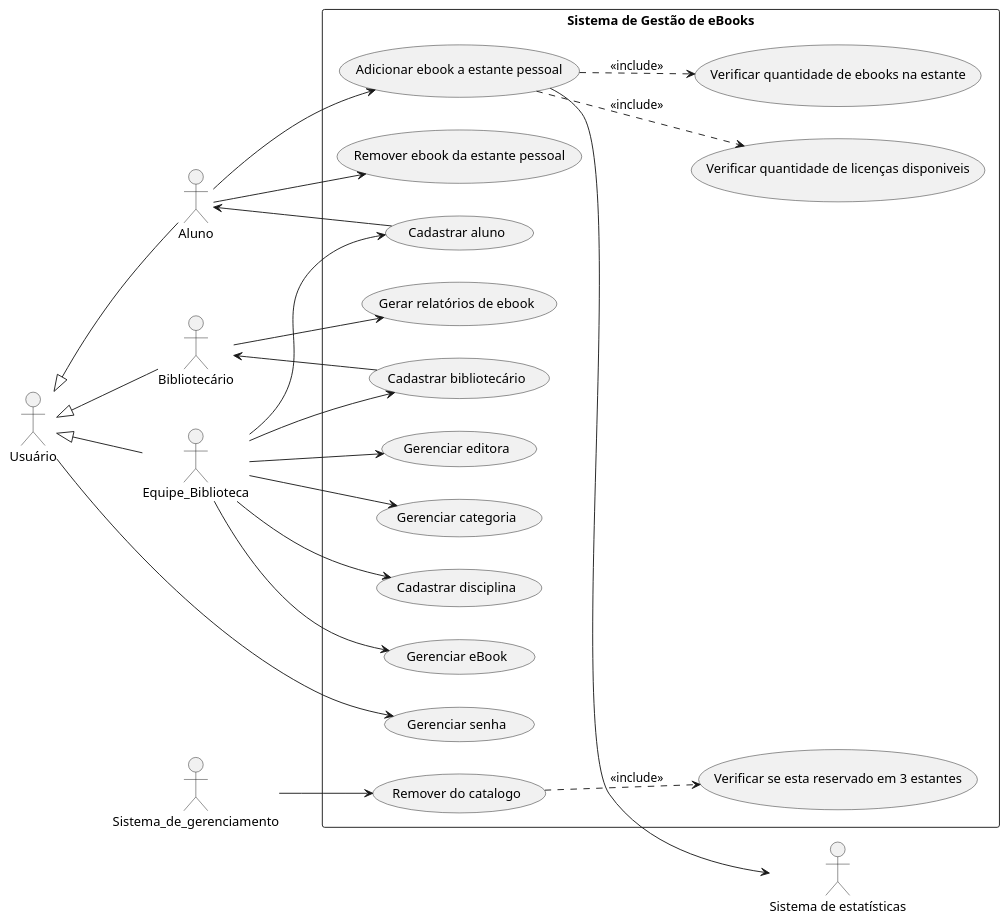
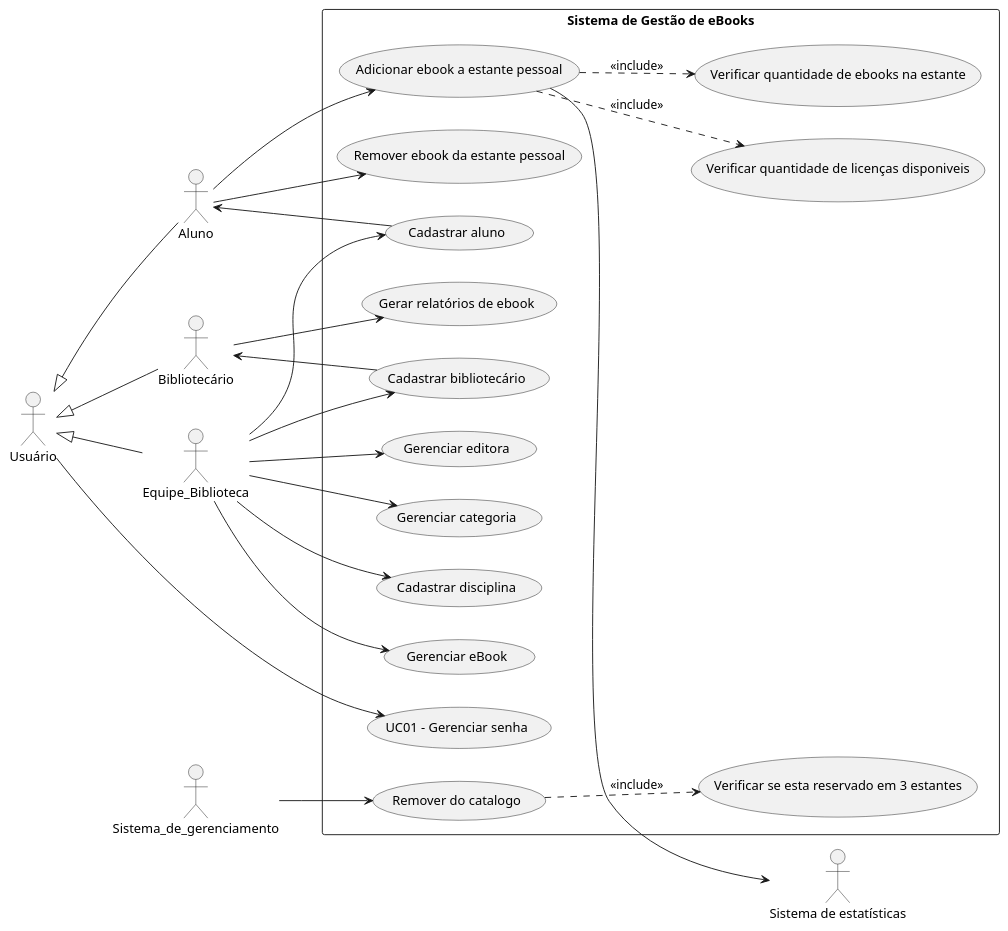
One commit to brunokilo/lab01-ebooks-biblioteca changed the diagram in docs/diagramas/casos-de-uso.puml. Above: the diagram before and after it, drawn with PlantUML.

Commit message:
diagramas: remoção da relação UC13 e UC14  com aluno e bibliotecario respectivamente

```diff
--- a/docs/diagramas/casos-de-uso.puml
+++ b/docs/diagramas/casos-de-uso.puml
@@ -1,54 +1,54 @@
 @startuml
 left to right direction
 skinparam packageStyle rectangle
 
 actor "Usuário" as Usuario
 actor Aluno
 actor "Bibliotecário" as Bibliotecario
 actor Equipe_Biblioteca
 actor Sistema_de_gerenciamento
 actor "Sistema de estatísticas" as Sistema_de_estatisticas
 
 rectangle "Sistema de Gestão de eBooks" {
-  usecase "Gerenciar senha" as UC01
+  usecase "UC01 - Gerenciar senha" as UC01
   usecase "Adicionar ebook a estante pessoal" as UC02
   usecase "Remover ebook da estante pessoal" as UC03
   usecase "Gerar relatórios de ebook" as UC04
   usecase "Gerenciar eBook" as UC05
   usecase "Gerenciar editora" as UC06
   usecase "Gerenciar categoria" as UC07
   usecase "Cadastrar disciplina" as UC08
   usecase "Remover do catalogo" as UC09
   usecase "Verificar se esta reservado em 3 estantes" as UC10
   usecase "Verificar quantidade de ebooks na estante" as UC11
   usecase "Verificar quantidade de licenças disponiveis" as UC12
   usecase "Cadastrar aluno" as UC13
   usecase "Cadastrar bibliotecário" as UC14
 }
 
 Usuario <|-- Equipe_Biblioteca 
 Usuario <|-- Bibliotecario 
 Usuario <|-- Aluno 
 
 Usuario --> (UC01)
 
 Equipe_Biblioteca --> (UC05)
 Equipe_Biblioteca --> (UC06)
 Equipe_Biblioteca --> (UC07)
 Equipe_Biblioteca --> (UC08)
 Equipe_Biblioteca --> (UC13)
 Equipe_Biblioteca --> (UC14)
 UC13 --> Aluno
 UC14 --> Bibliotecario
 
 Bibliotecario --> (UC04)
 
 Aluno --> (UC02)
 (UC02)..> (UC11) : <<include>>
 (UC02)..> (UC12) : <<include>>
 (UC02)--> Sistema_de_estatisticas
 Aluno --> (UC03)
 
 Sistema_de_gerenciamento --> (UC09)
 (UC09)..> (UC10) : <<include>>
 @enduml
```
